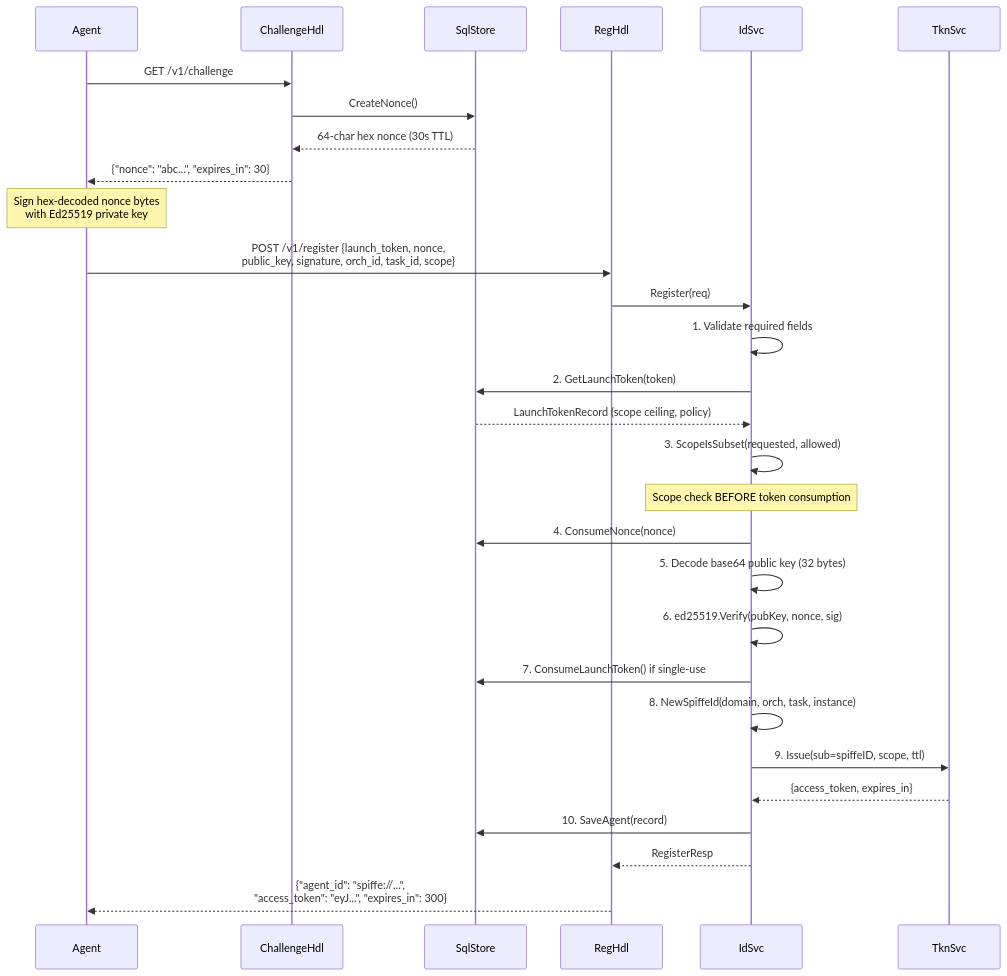
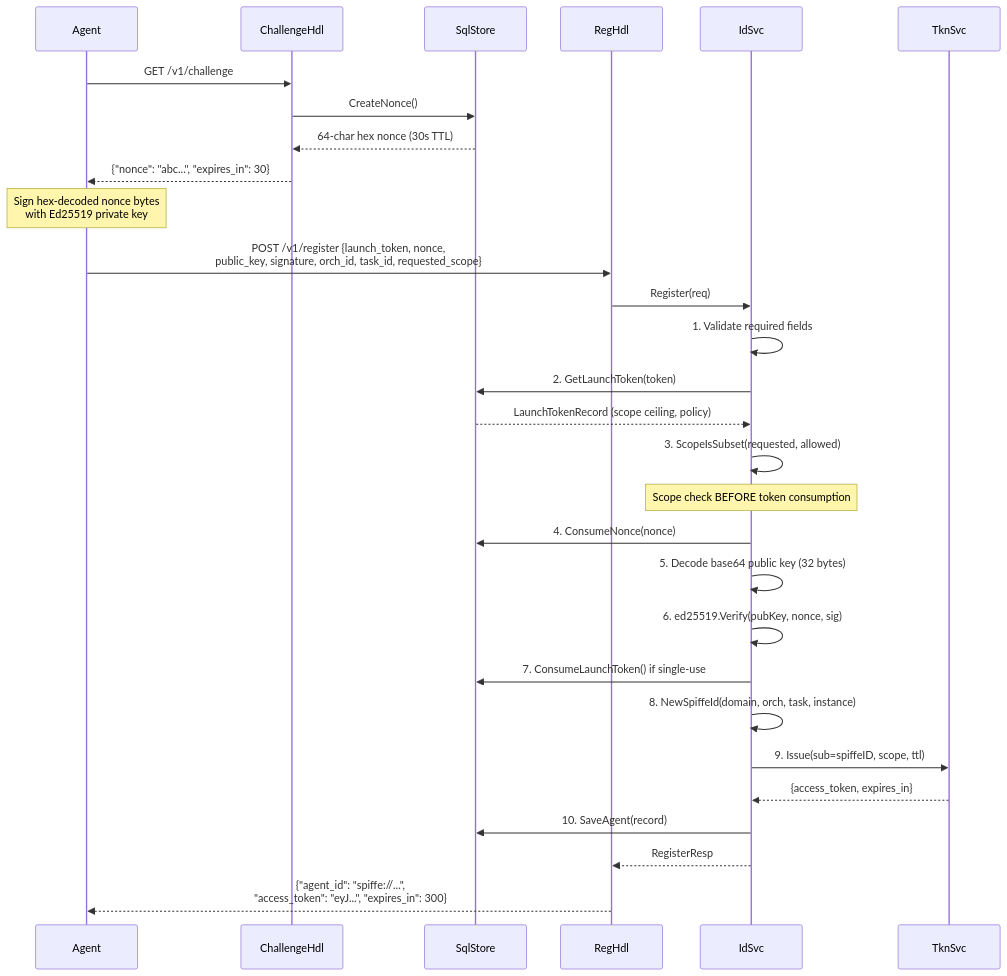
One commit to devonartis/agentwrit changed the fifth of 7 diagrams in docs/architecture.md. Above: the diagram before and after it, drawn with Mermaid. The commit also changed other lines of this file and 9 other files, not shown here.

````diff
--- a/docs/architecture.md
+++ b/docs/architecture.md
@@ -276,36 +290,36 @@
 ```mermaid
 sequenceDiagram
     participant A as Agent
     participant CH as ChallengeHdl
     participant S as SqlStore
     participant RH as RegHdl
     participant ID as IdSvc
     participant TK as TknSvc
 
     A->>CH: GET /v1/challenge
     CH->>S: CreateNonce()
     S-->>CH: 64-char hex nonce (30s TTL)
     CH-->>A: {"nonce": "abc...", "expires_in": 30}
 
     Note over A: Sign hex-decoded nonce bytes<br/>with Ed25519 private key
 
-    A->>RH: POST /v1/register {launch_token, nonce,<br/>public_key, signature, orch_id, task_id, scope}
+    A->>RH: POST /v1/register {launch_token, nonce,<br/>public_key, signature, orch_id, task_id, requested_scope}
     RH->>ID: Register(req)
 
     ID->>ID: 1. Validate required fields
     ID->>S: 2. GetLaunchToken(token)
     S-->>ID: LaunchTokenRecord (scope ceiling, policy)
     ID->>ID: 3. ScopeIsSubset(requested, allowed)
     Note over ID: Scope check BEFORE token consumption
     ID->>S: 4. ConsumeNonce(nonce)
     ID->>ID: 5. Decode base64 public key (32 bytes)
     ID->>ID: 6. ed25519.Verify(pubKey, nonce, sig)
     ID->>S: 7. ConsumeLaunchToken() if single-use
     ID->>ID: 8. NewSpiffeId(domain, orch, task, instance)
     ID->>TK: 9. Issue(sub=spiffeID, scope, ttl)
     TK-->>ID: {access_token, expires_in}
     ID->>S: 10. SaveAgent(record)
 
     ID-->>RH: RegisterResp
     RH-->>A: {"agent_id": "spiffe://...",<br/>"access_token": "eyJ...", "expires_in": 300}
 ```
````
